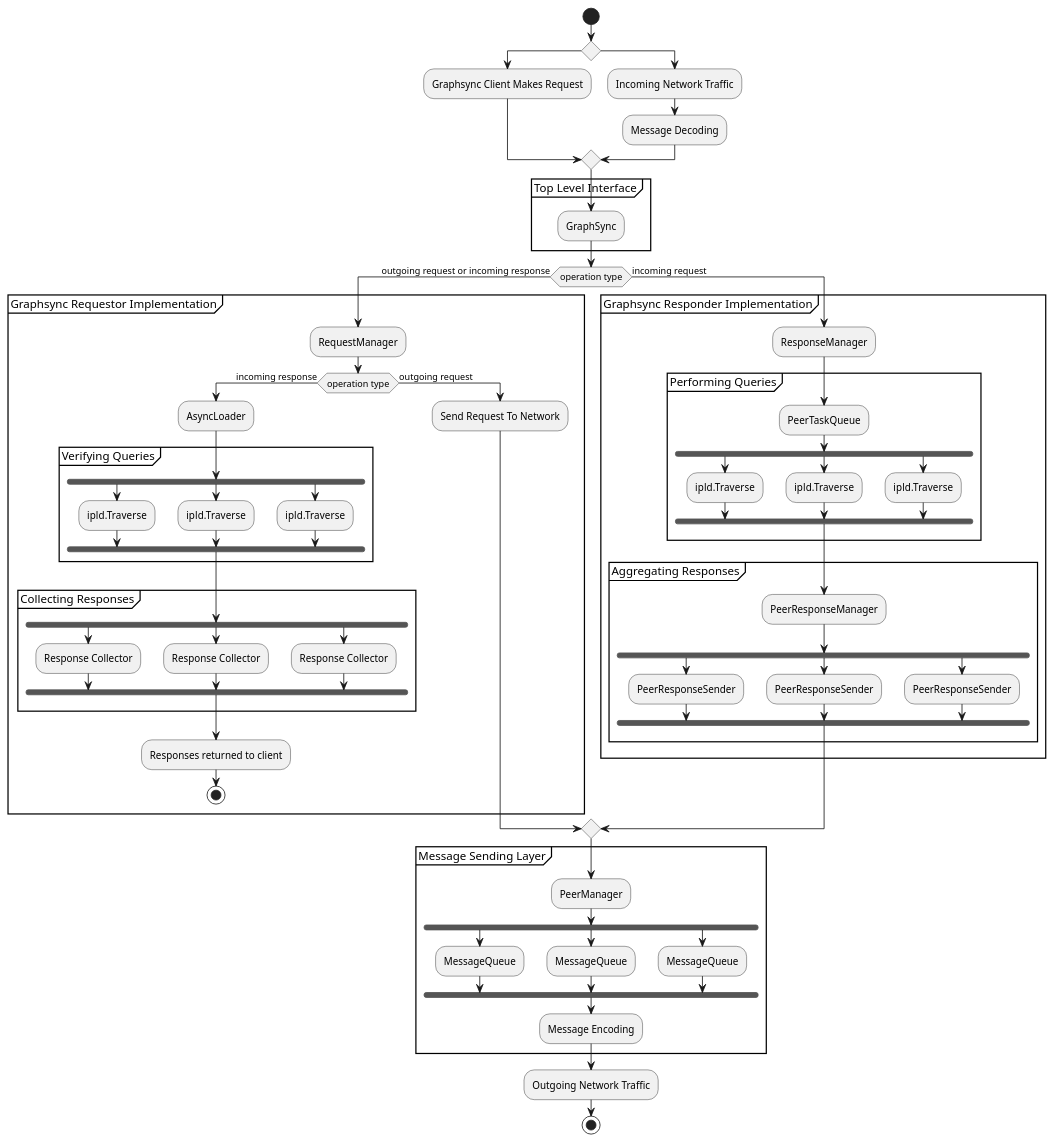
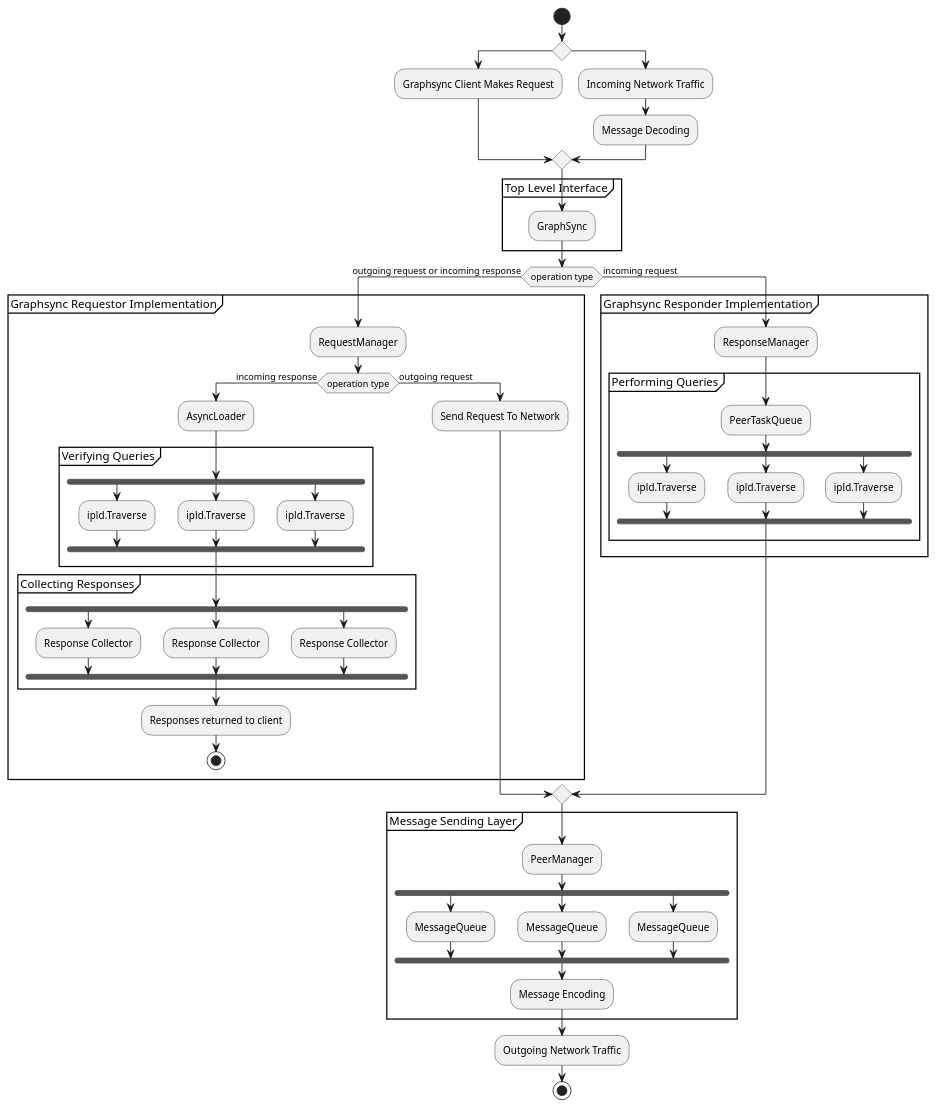
One commit to ipfs/go-graphsync changed the diagram in docs/processes.puml. Above: the diagram before and after it, drawn with PlantUML. The commit also changed 4 other files, not shown here.

Commit message:
docs(architecture): update architecture docs

```diff
--- a/docs/processes.puml
+++ b/docs/processes.puml
@@ -1,79 +1,69 @@
 @startuml Overview
 start
 if ()
 :Graphsync Client Makes Request;
 else
 :Incoming Network Traffic;
 :Message Decoding;
 endif
 partition "Top Level Interface" {
 :GraphSync;
 }
 if (operation type) then (outgoing request or incoming response)
 partition "Graphsync Requestor Implementation" {
 :RequestManager;
 if (operation type) then (incoming response)
 :AsyncLoader;
 partition "Verifying Queries" {
 fork
 :ipld.Traverse;
 fork again
 :ipld.Traverse;
 fork again
 :ipld.Traverse;
 end fork
 }
 partition "Collecting Responses" {
 fork
 :Response Collector;
 fork again
 :Response Collector;
 fork again
 :Response Collector;
 end fork
 }
 :Responses returned to client;
 stop
 else (outgoing request)
 :Send Request To Network;
 endif
 }
 else (incoming request)
 partition "Graphsync Responder Implementation" {
 :ResponseManager;
 partition "Performing Queries" {
 :PeerTaskQueue;
 fork
 :ipld.Traverse;
 fork again
 :ipld.Traverse;
 fork again
 :ipld.Traverse;
 end fork
 }
-partition "Aggregating Responses" {
-:PeerResponseManager;
-fork
-:PeerResponseSender;
-fork again
-:PeerResponseSender;
-fork again
-:PeerResponseSender;
-end fork
-}
 }
 endif
 partition "Message Sending Layer" {
 :PeerManager;
 fork
 :MessageQueue;
 fork again
 :MessageQueue;
 fork again
 :MessageQueue;
 end fork
 :Message Encoding;
 }
 :Outgoing Network Traffic;
 stop
 @enduml
```
